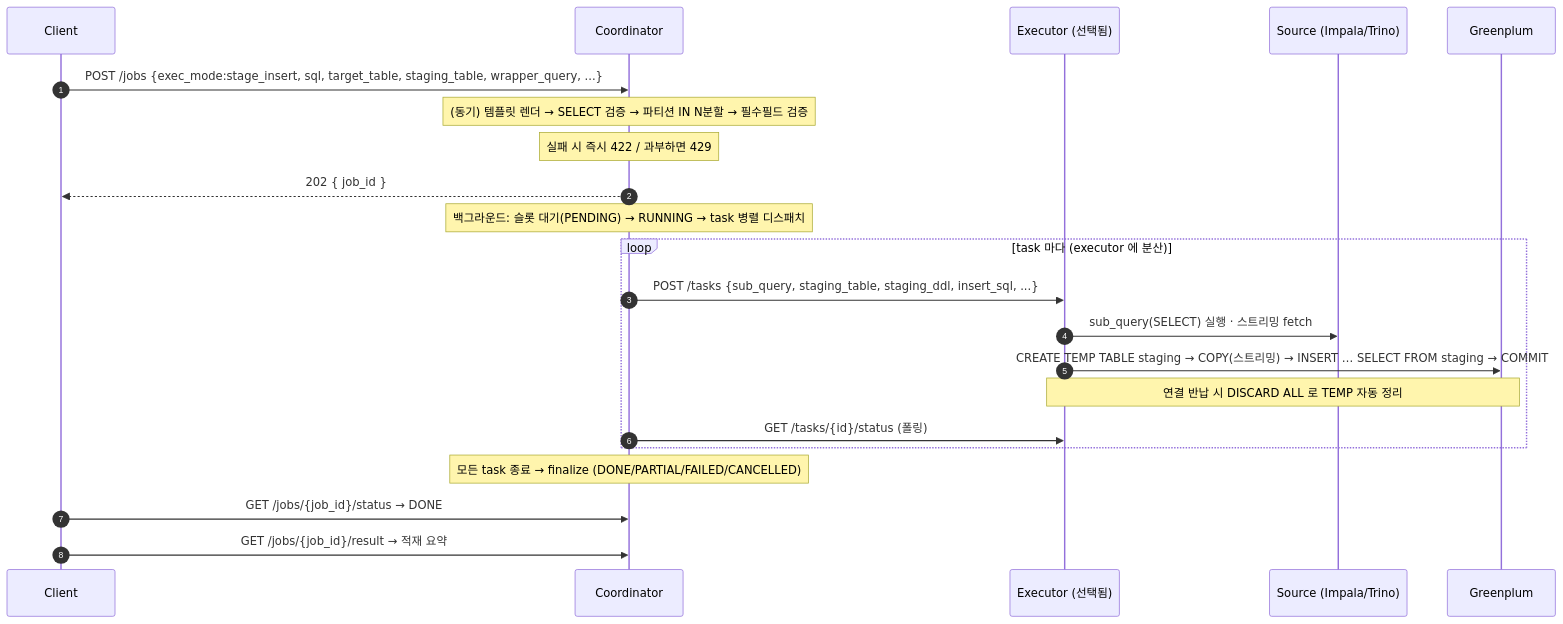
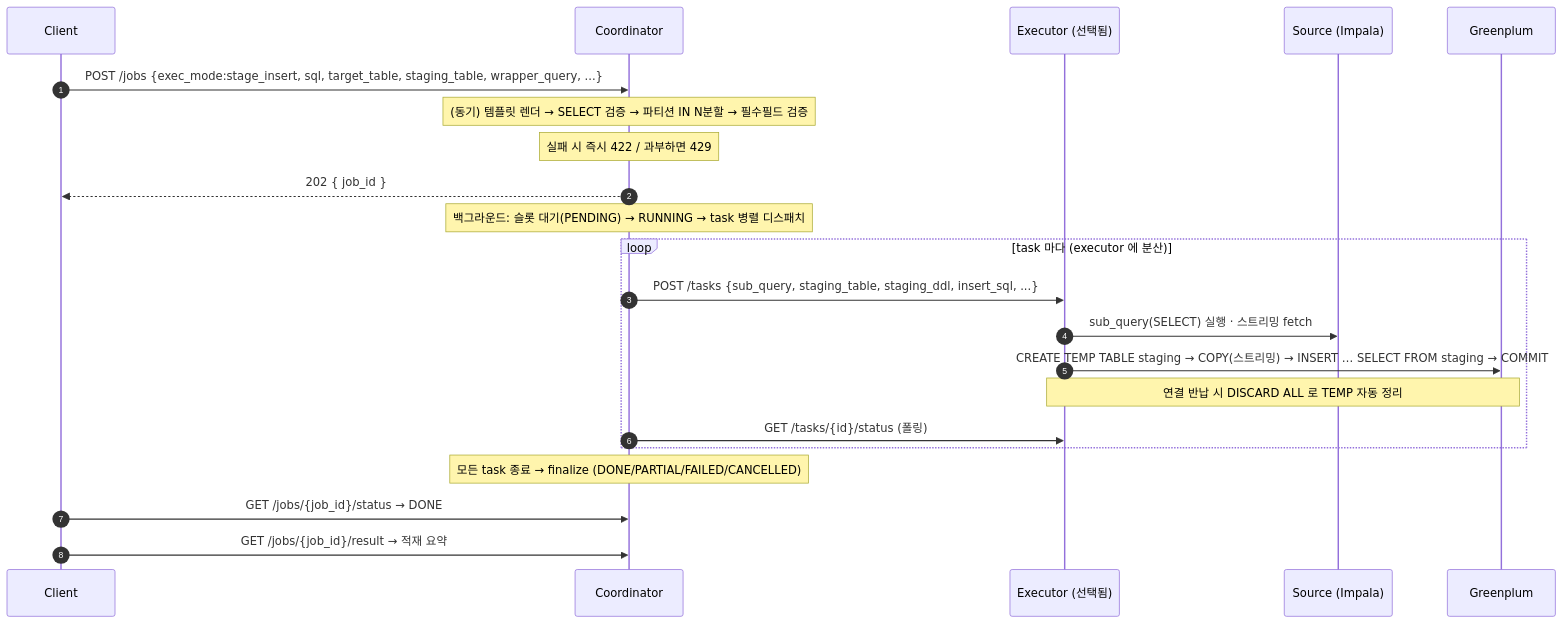
The diagram in docs/JOBS.md (DataDynamics/distributed-query-executor), drawn with Mermaid before and after one commit. The commit also changed other lines of this file and 16 other files, not shown here.

````diff
--- a/docs/JOBS.md
+++ b/docs/JOBS.md
@@ -20,25 +20,25 @@
 ```mermaid
 sequenceDiagram
     autonumber
     participant C as Client
     participant CO as Coordinator
     participant EX as Executor (선택됨)
-    participant SRC as Source (Impala/Trino)
+    participant SRC as Source (Impala)
     participant GP as Greenplum
 
     C->>CO: POST /jobs {exec_mode:stage_insert, sql, target_table, staging_table, wrapper_query, ...}
     Note over CO: (동기) 템플릿 렌더 → SELECT 검증 → 파티션 IN N분할 → 필수필드 검증
     Note over CO: 실패 시 즉시 422 / 과부하면 429
     CO-->>C: 202 { job_id }
     Note over CO: 백그라운드: 슬롯 대기(PENDING) → RUNNING → task 병렬 디스패치
     loop task 마다 (executor 에 분산)
         CO->>EX: POST /tasks {sub_query, staging_table, staging_ddl, insert_sql, ...}
         EX->>SRC: sub_query(SELECT) 실행 · 스트리밍 fetch
         EX->>GP: CREATE TEMP TABLE staging → COPY(스트리밍) → INSERT … SELECT FROM staging → COMMIT
         Note over EX,GP: 연결 반납 시 DISCARD ALL 로 TEMP 자동 정리
         CO->>EX: GET /tasks/{id}/status (폴링)
     end
     Note over CO: 모든 task 종료 → finalize (DONE/PARTIAL/FAILED/CANCELLED)
     C->>CO: GET /jobs/{job_id}/status → DONE
     C->>CO: GET /jobs/{job_id}/result → 적재 요약
 ```
````
